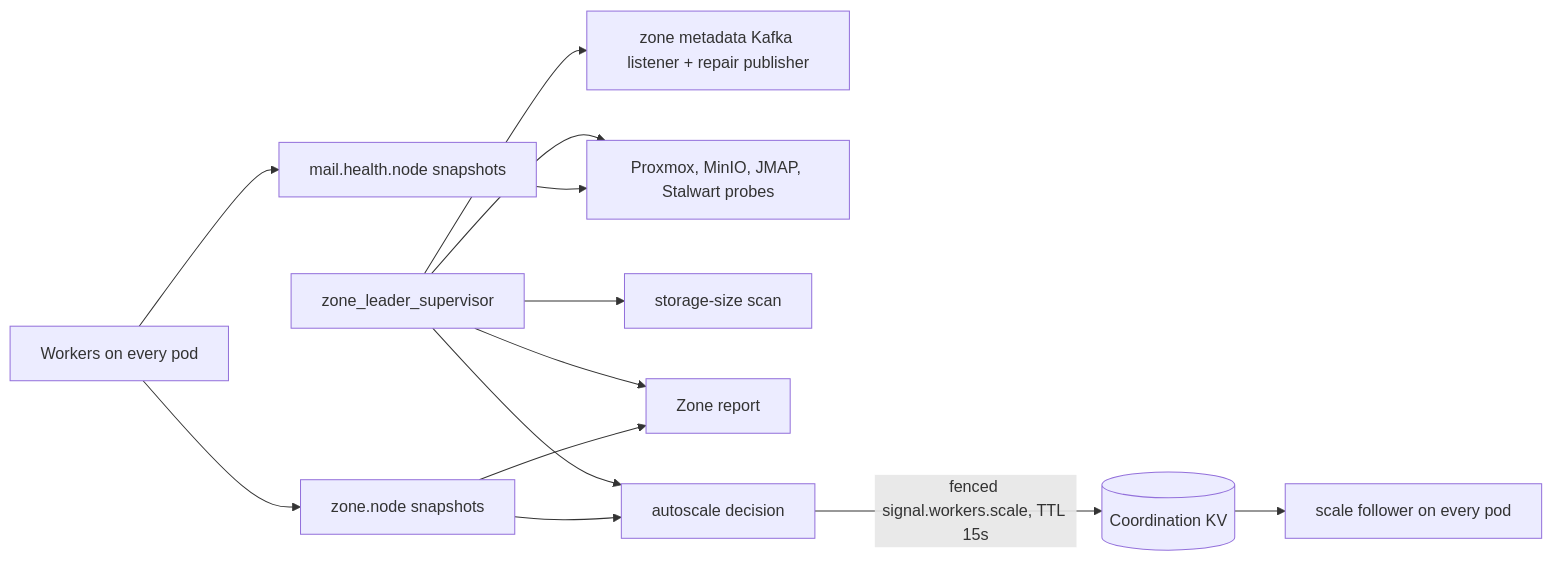
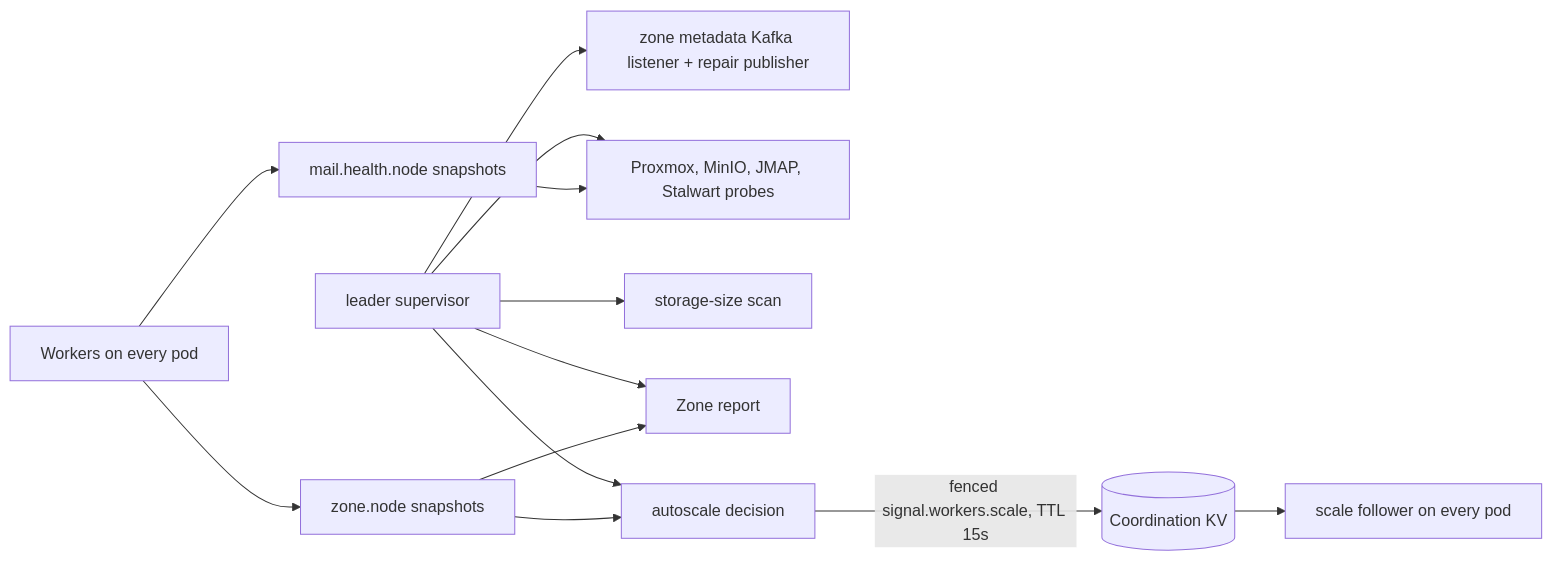
One commit to phucle996/aurora changed the second of 3 diagrams in god_view/dataplane/leader_worker_god_view.md. Above: the diagram before and after it, drawn with Mermaid. The commit also changed other lines of this file and 95 other files, not shown here.

Commit message:
refactor: modernize dataplane architecture by refactoring leader, workerpool, and job lifecycle components

````diff
--- a/god_view/dataplane/leader_worker_god_view.md
+++ b/god_view/dataplane/leader_worker_god_view.md
@@ -56,16 +56,16 @@
 ```mermaid
 flowchart LR
-    E[zone_leader_supervisor] --> M[zone metadata Kafka listener + repair publisher]
+    E[leader supervisor] --> M[zone metadata Kafka listener + repair publisher]
     E --> H[Proxmox, MinIO, JMAP, Stalwart probes]
     E --> S[storage-size scan]
     E --> R[Zone report]
     E --> AS[autoscale decision]
 
     W[Workers on every pod] --> NS[zone.node snapshots]
     W --> MS[mail.health.node snapshots]
     NS --> R
     NS --> AS
     MS --> H
     AS -->|fenced signal.workers.scale, TTL 15s| KV[(Coordination KV)]
     KV --> F[scale follower on every pod]
 ```
````
